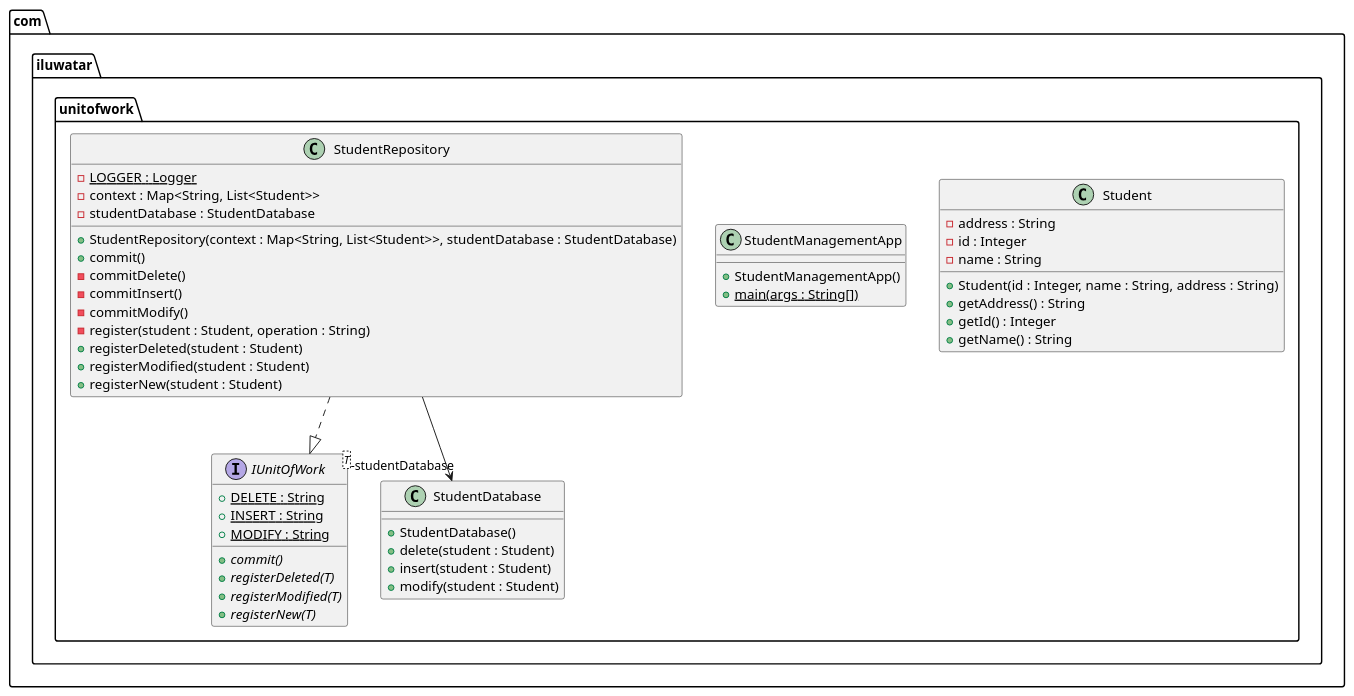
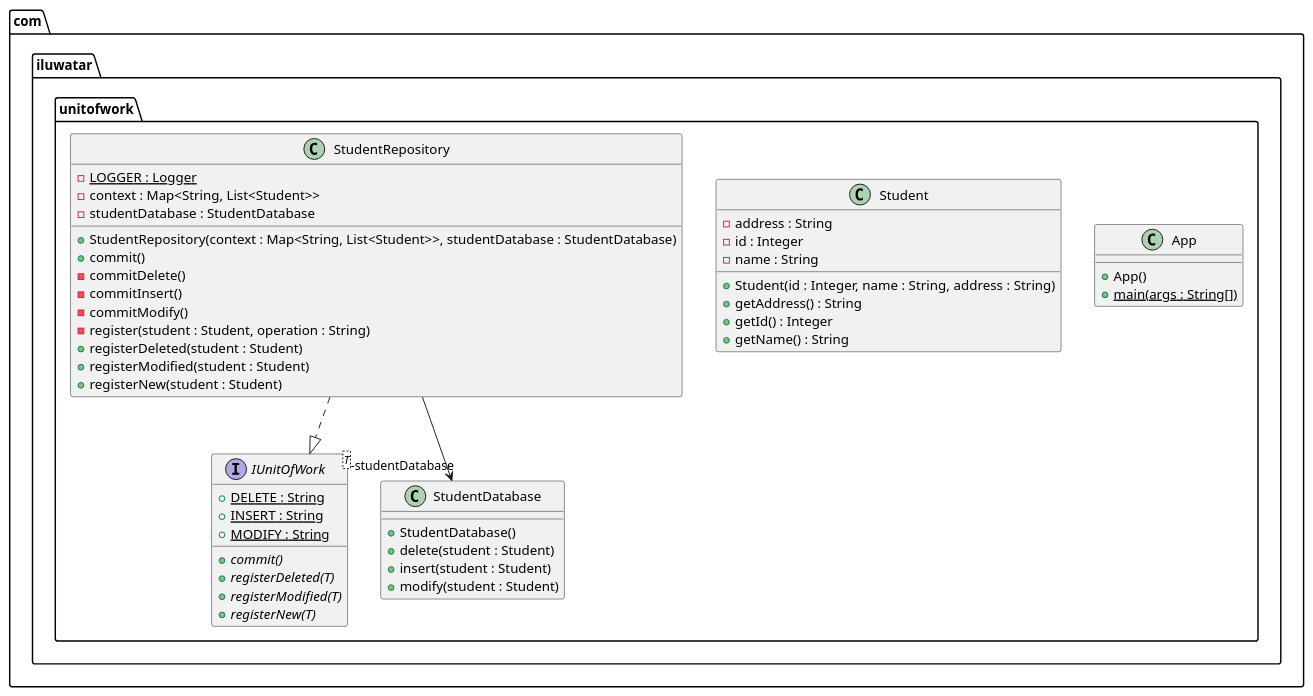
Before and after one commit to NatalieSty/java-design-patterns: the diagram in unit-of-work/etc/unit-of-work.urm.puml, drawn with PlantUML. The commit also changed 1 other file, not shown here.

Commit message:
#352- Unit Of Work : Update puml diagram.

```diff
--- a/unit-of-work/etc/unit-of-work.urm.puml
+++ b/unit-of-work/etc/unit-of-work.urm.puml
@@ -1,48 +1,48 @@
 @startuml
 package com.iluwatar.unitofwork {
+  class App {
+    + App()
+    + main(args : String[]) {static}
+  }
   interface IUnitOfWork<T> {
     + DELETE : String {static}
     + INSERT : String {static}
     + MODIFY : String {static}
     + commit() {abstract}
     + registerDeleted(T) {abstract}
     + registerModified(T) {abstract}
     + registerNew(T) {abstract}
   }
   class Student {
     - address : String
     - id : Integer
     - name : String
     + Student(id : Integer, name : String, address : String)
     + getAddress() : String
     + getId() : Integer
     + getName() : String
   }
   class StudentDatabase {
     + StudentDatabase()
     + delete(student : Student)
     + insert(student : Student)
     + modify(student : Student)
   }
-  class StudentManagementApp {
-    + StudentManagementApp()
-    + main(args : String[]) {static}
-  }
   class StudentRepository {
     - LOGGER : Logger {static}
     - context : Map<String, List<Student>>
     - studentDatabase : StudentDatabase
     + StudentRepository(context : Map<String, List<Student>>, studentDatabase : StudentDatabase)
     + commit()
     - commitDelete()
     - commitInsert()
     - commitModify()
     - register(student : Student, operation : String)
     + registerDeleted(student : Student)
     + registerModified(student : Student)
     + registerNew(student : Student)
   }
 }
 StudentRepository -->  "-studentDatabase" StudentDatabase
 StudentRepository ..|> IUnitOfWork 
 @enduml
```
